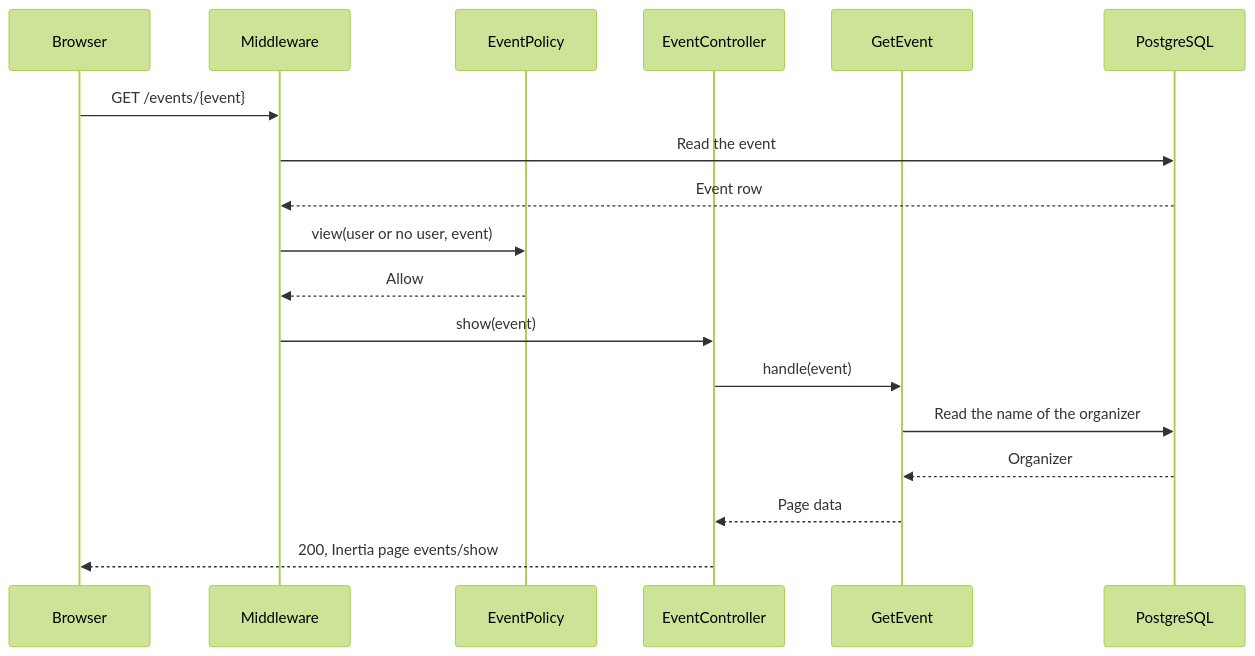
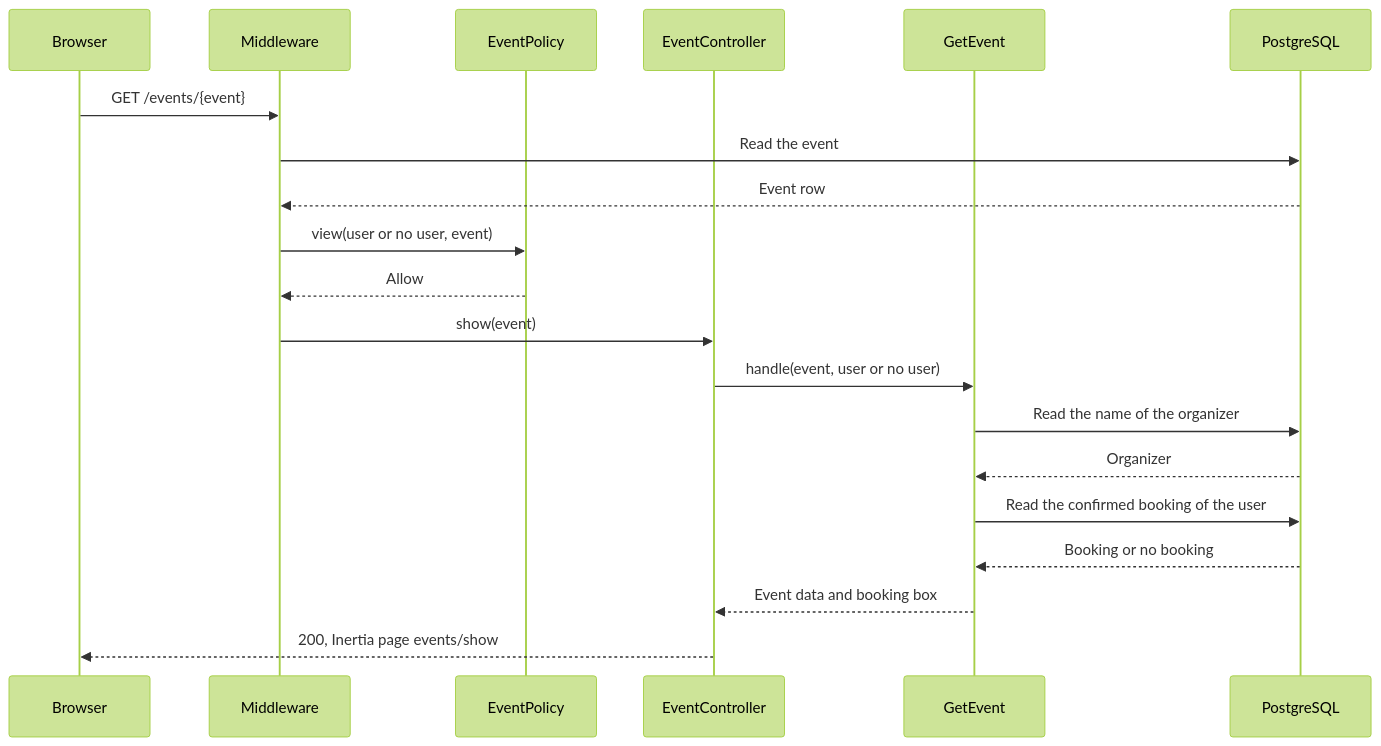
The first of 3 diagrams in app/Actions/GetEvent/README.md (Leonelmarianog/event-booking-system), drawn with Mermaid (forest theme) before and after one commit. The commit also changed other lines of this file and 3 other files, not shown here.

````diff
--- a/app/Actions/GetEvent/README.md
+++ b/app/Actions/GetEvent/README.md
@@ -20,21 +34,23 @@
 ```mermaid
 sequenceDiagram
     participant Browser
     participant Middleware
     participant Policy as EventPolicy
     participant Controller as EventController
     participant Action as GetEvent
     participant DB as PostgreSQL
 
     Browser->>Middleware: GET /events/{event}
     Middleware->>DB: Read the event
     DB-->>Middleware: Event row
     Middleware->>Policy: view(user or no user, event)
     Policy-->>Middleware: Allow
     Middleware->>Controller: show(event)
-    Controller->>Action: handle(event)
+    Controller->>Action: handle(event, user or no user)
     Action->>DB: Read the name of the organizer
     DB-->>Action: Organizer
-    Action-->>Controller: Page data
+    Action->>DB: Read the confirmed booking of the user
+    DB-->>Action: Booking or no booking
+    Action-->>Controller: Event data and booking box
     Controller-->>Browser: 200, Inertia page events/show
 ```
````
